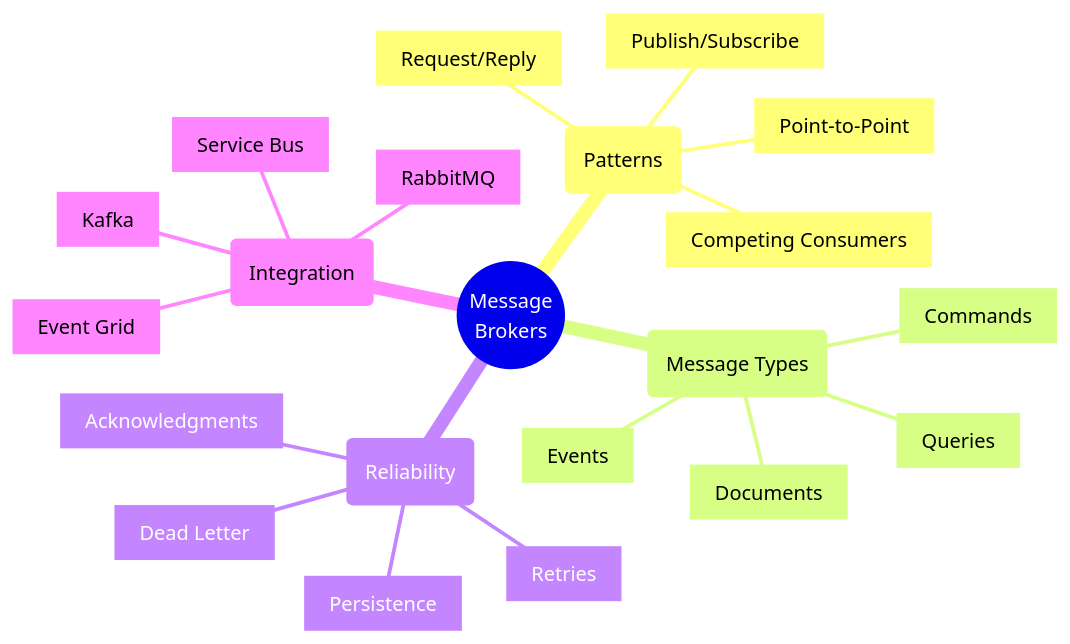
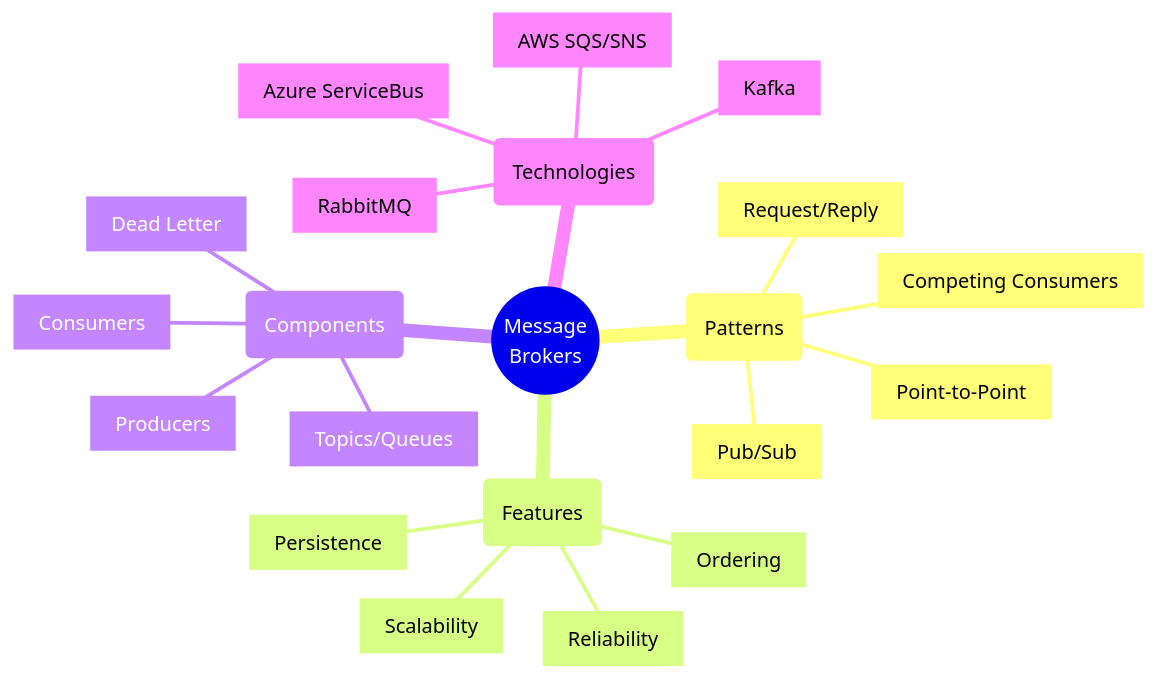
One commit to saravanakumarrc/Architecture_Journey changed the first of 5 diagrams in src/Message_Broker_Architectures.md. Above: the diagram before and after it, drawn with Mermaid. The commit also changed other lines of this file and 7 other files, not shown here.

First line of the commit message:
Refactor Trade-off Analysis documentation and enhance architecture governance models

````diff
--- a/src/Message_Broker_Architectures.md
+++ b/src/Message_Broker_Architectures.md
@@ -3,25 +3,25 @@
 ```mermaid
 mindmap
     root((Message
         Brokers))
         (Patterns)
-            [Publish/Subscribe]
+            [Pub/Sub]
             [Point-to-Point]
             [Request/Reply]
             [Competing Consumers]
-        (Message Types)
-            [Commands]
-            [Events]
-            [Documents]
-            [Queries]
-        (Reliability)
+        (Features)
+            [Reliability]
+            [Scalability]
+            [Ordering]
             [Persistence]
-            [Acknowledgments]
+        (Components)
+            [Producers]
+            [Consumers]
+            [Topics/Queues]
             [Dead Letter]
-            [Retries]
-        (Integration)
-            [Service Bus]
-            [Event Grid]
+        (Technologies)
+            [Kafka]
             [RabbitMQ]
-            [Kafka]
+            [Azure ServiceBus]
+            [AWS SQS/SNS]
 ```
````
